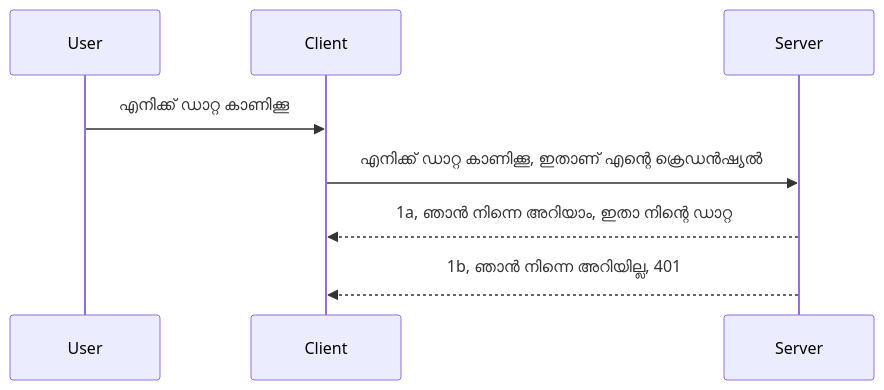
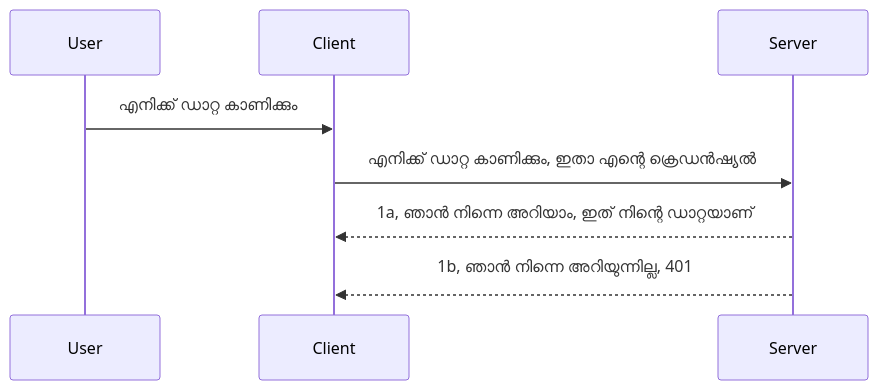
One commit to HIDORAKAI002/ai-workspace-archive changed the diagram in mcp_ecosystem__model_context_protocol/mcp_learning_resources/mcp-for-beginners/translations/ml/03-GettingStarted/11-simple-auth/README.md. Above: the diagram before and after it, drawn with Mermaid. The commit also changed other lines of this file and 1160 other files, not shown here.

````diff
--- a/mcp_ecosystem__model_context_protocol/mcp_learning_resources/mcp-for-beginners/translations/ml/03-GettingStarted/11-simple-auth/README.md
+++ b/mcp_ecosystem__model_context_protocol/mcp_learning_resources/mcp-for-beginners/translations/ml/03-GettingStarted/11-simple-auth/README.md
@@ -24,11 +24,11 @@
 ```mermaid
 sequenceDiagram
    participant User
    participant Client
    participant Server
 
-   User->>Client: എനിക്ക് ഡാറ്റ കാണിക്കൂ
-   Client->>Server: എനിക്ക് ഡാറ്റ കാണിക്കൂ, ഇതാണ് എന്റെ ക്രെഡൻഷ്യൽ
-   Server-->>Client: 1a, ഞാന്‍ നിന്നെ അറിയാം, ഇതാ നിന്റെ ഡാറ്റ
-   Server-->>Client: 1b, ഞാന്‍ നിന്നെ അറിയില്ല, 401 
+   User->>Client: എനിക്ക് ഡാറ്റ കാണിക്കും
+   Client->>Server: എനിക്ക് ഡാറ്റ കാണിക്കും, ഇതാ എന്റെ ക്രെഡൻഷ്യൽ
+   Server-->>Client: 1a, ഞാൻ നിന്നെ അറിയാം, ഇത് നിന്റെ ഡാറ്റയാണ്
+   Server-->>Client: 1b, ഞാൻ നിന്നെ അറിയുന്നില്ല, 401 
 ```
````
